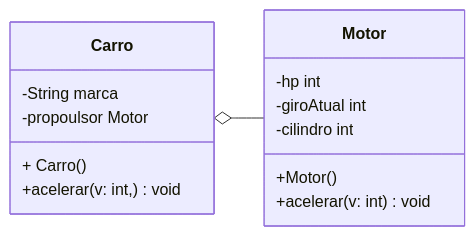
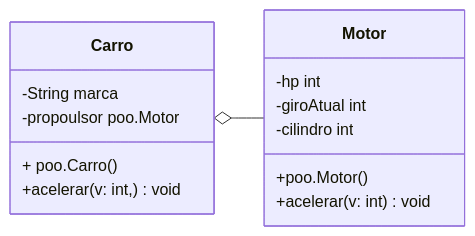
Before and after one commit to Alansj954/POO: the first of 3 diagrams in aulas/2026-09-23/Readme.md, drawn with Mermaid. The commit also changed other lines of this file and 25 other files, not shown here.

````diff
--- a/aulas/2026-09-23/Readme.md
+++ b/aulas/2026-09-23/Readme.md
@@ -12,20 +12,20 @@
 ```mermaid
 classDiagram
     class Carro {
         -String marca
-        -propoulsor Motor
-        + Carro()
+        -propoulsor poo.Motor
+        + poo.Carro()
         +acelerar(v: int,) void
     }
     
     class Motor{
         -hp int
         -giroAtual int
         -cilindro int
-        +Motor()
+        +poo.Motor()
         +acelerar(v: int) void
     }
     direction LR
     
     Carro o-- Motor
 ```
````
